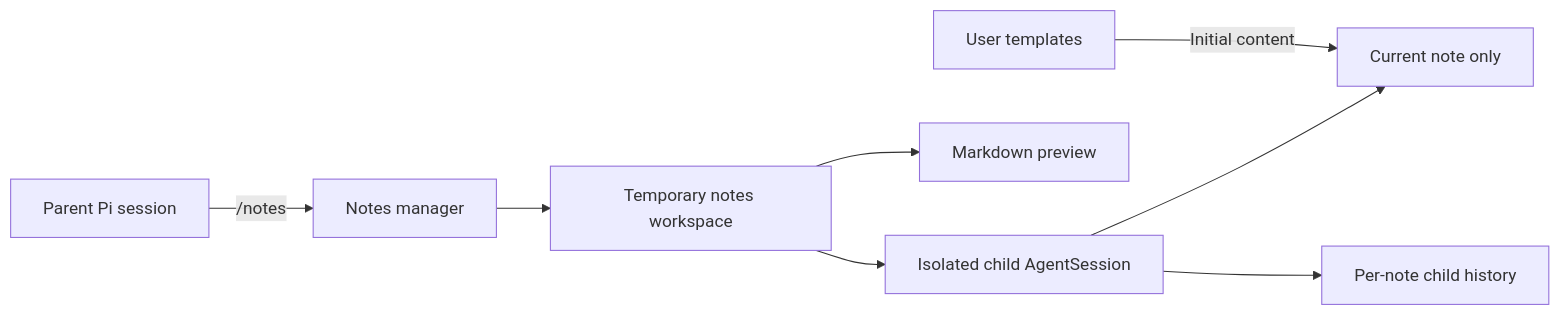
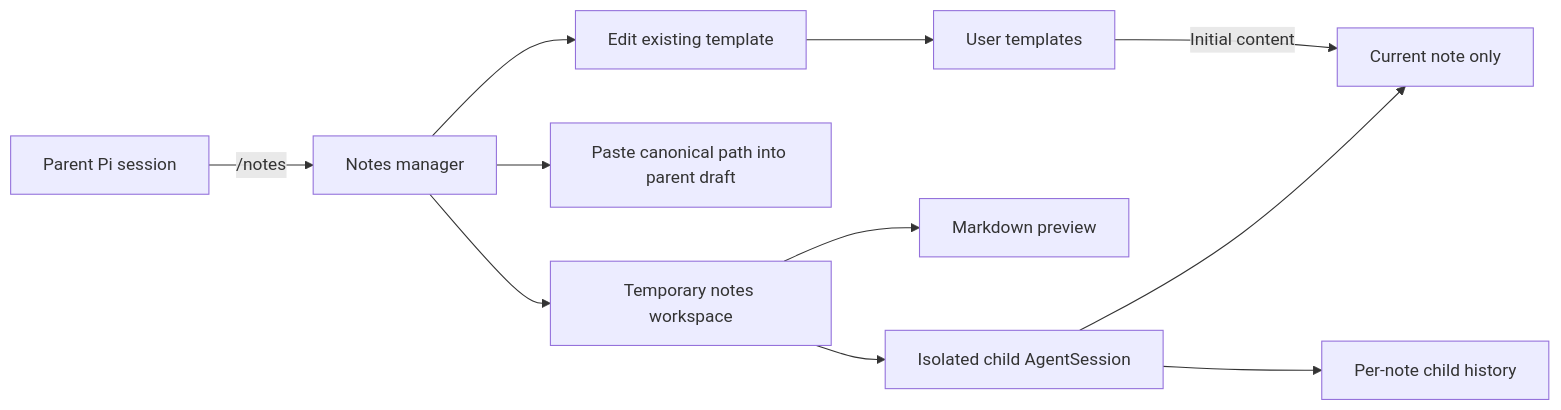
One commit to narumiruna/pi-extensions changed the diagram in packages/pi-notes/README.md. Above: the diagram before and after it, drawn with Mermaid. The commit also changed other lines of this file and 10 other files, not shown here.

Commit message:
feat(notes): add path paste and template editing

````diff
--- a/packages/pi-notes/README.md
+++ b/packages/pi-notes/README.md
@@ -52,10 +54,13 @@
 ```mermaid
 flowchart LR
     P[Parent Pi session] -->|/notes| M[Notes manager]
     M --> W[Temporary notes workspace]
+    M --> I[Paste canonical path into parent draft]
+    M --> E[Edit existing template]
     W --> C[Isolated child AgentSession]
     W --> V[Markdown preview]
     C --> N[Current note only]
-    T[User templates] -->|Initial content| N
+    E --> T[User templates]
+    T -->|Initial content| N
     C --> S[Per-note child history]
 ```
````
